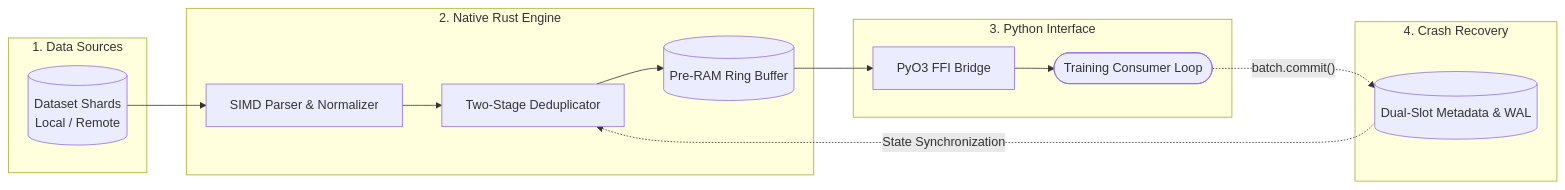
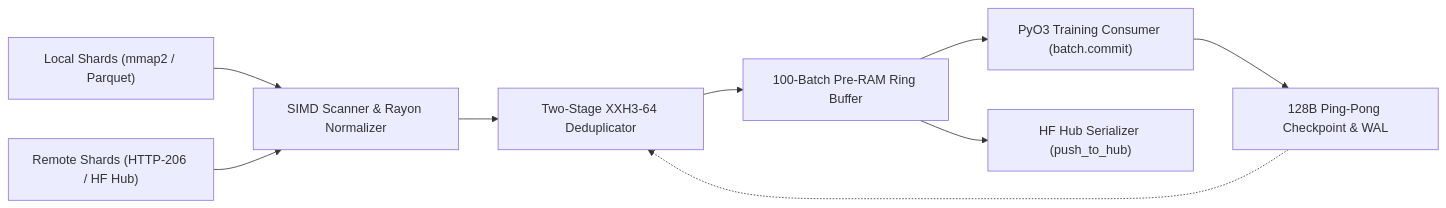
Before and after one commit to cloverx-id/luminamoon: the diagram in docs/dataloader/README.md, drawn with Mermaid. The commit also changed other lines of this file and 49 other files, not shown here.

Commit message:
change diagram style

````diff
--- a/docs/dataloader/README.md
+++ b/docs/dataloader/README.md
@@ -13,23 +11,11 @@
 ```mermaid
 flowchart LR
-    subgraph Storage["1. Data Sources"]
-        Shards[("Dataset Shards\nLocal / Remote")]
-    end
-
-    subgraph RustCore["2. Native Rust Engine"]
-        SIMD["SIMD Parser & Normalizer"] --> Dedup["Two-Stage Deduplicator"]
-        Dedup --> PreRam[("Pre-RAM Ring Buffer")]
-    end
-
-    subgraph PythonLayer["3. Python Interface"]
-        PreRam --> Bridge["PyO3 FFI Bridge"]
-        Bridge --> Consumer(["Training Consumer Loop"])
-    end
-
-    subgraph Persistence["4. Crash Recovery"]
-        Consumer -.->|"batch.commit()"| Meta[("Dual-Slot Metadata & WAL")]
-        Meta -.->|"State Synchronization"| Dedup
-    end
-
-    Shards --> SIMD
+    Local["Local Shards (mmap2 / Parquet)"] --> SIMD["SIMD Scanner & Rayon Normalizer"]
+    Remote["Remote Shards (HTTP-206 / HF Hub)"] --> SIMD
+    SIMD --> Dedup["Two-Stage XXH3-64 Deduplicator"]
+    Dedup --> PreRam["100-Batch Pre-RAM Ring Buffer"]
+    PreRam --> Consumer["PyO3 Training Consumer (batch.commit)"]
+    PreRam --> Hub["HF Hub Serializer (push_to_hub)"]
+    Consumer --> Meta["128B Ping-Pong Checkpoint & WAL"]
+    Meta -.-> Dedup
 ```
````
